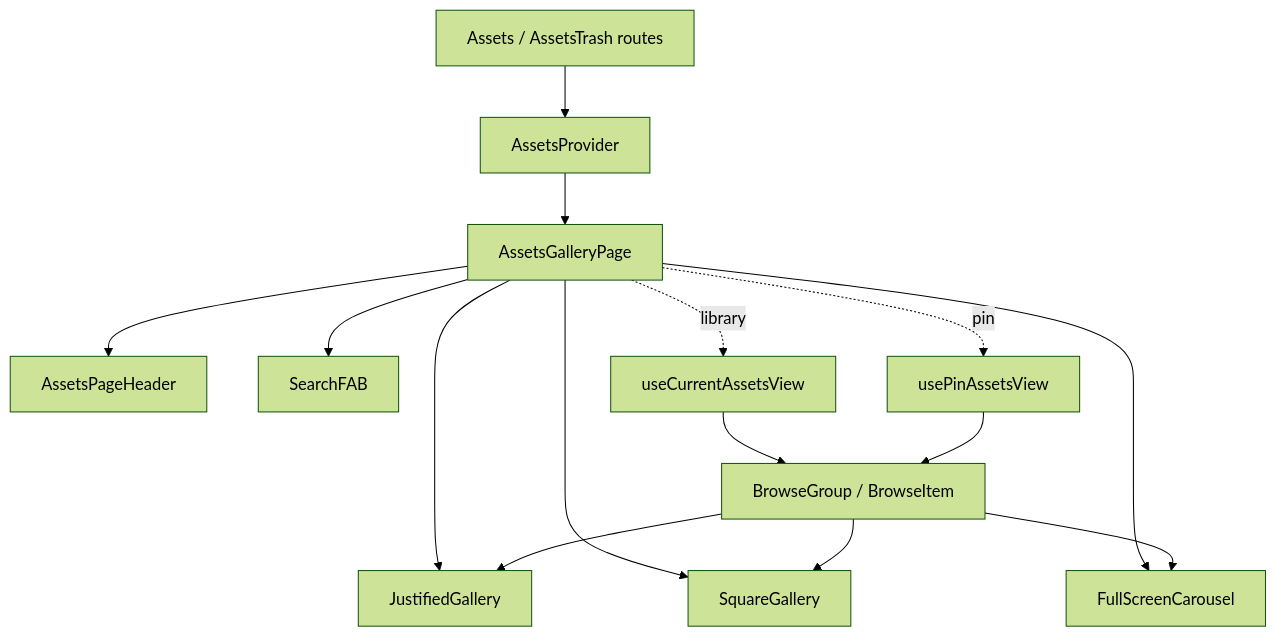
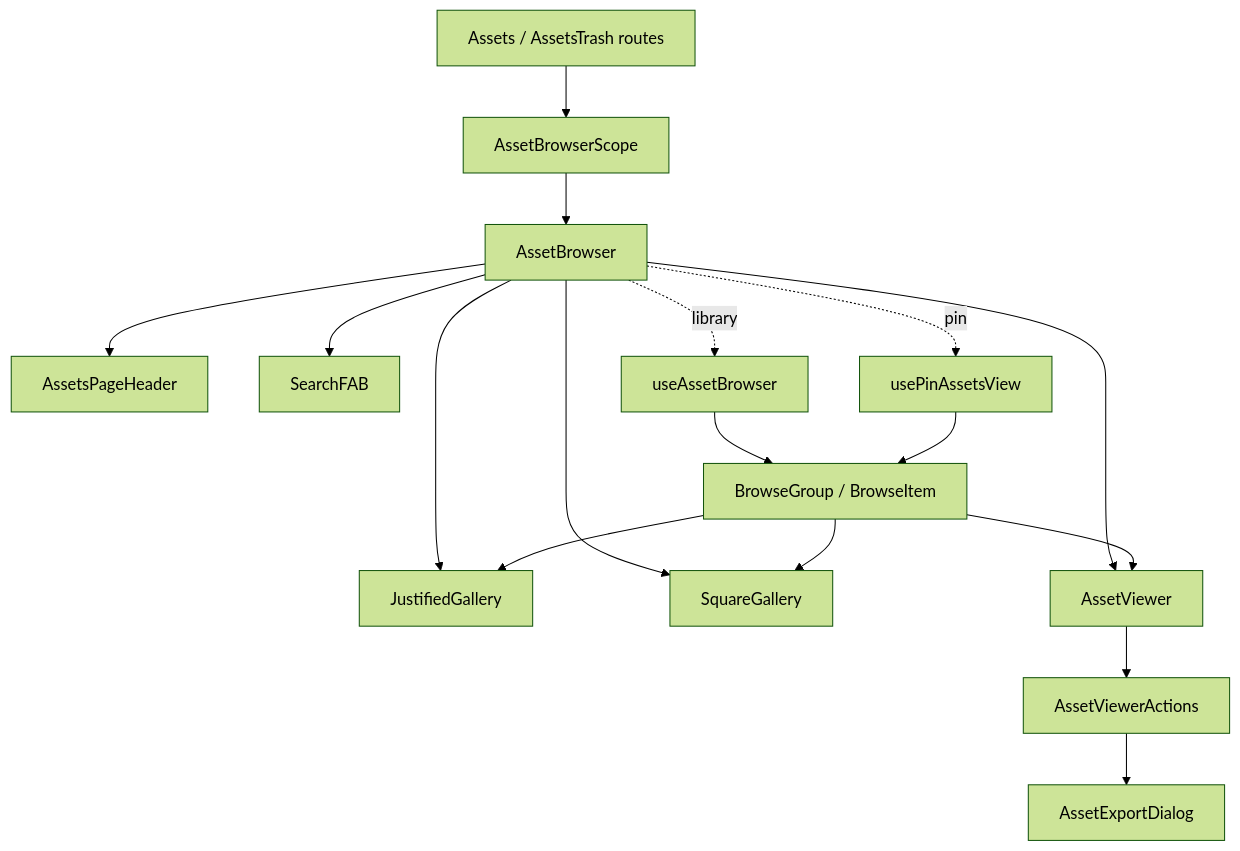
The diagram in web/src/features/assets/doc.md (EdwinZhanCN/Lumilio-Photos), drawn with Mermaid (forest theme) before and after one commit. The commit also changed other lines of this file and 171 other files, not shown here.

Commit message:
refactor(web): converge assets feature flows

````diff
--- a/web/src/features/assets/doc.md
+++ b/web/src/features/assets/doc.md
@@ -56,17 +66,19 @@
 ```mermaid
 flowchart TD
-    ROUTE["Assets / AssetsTrash routes"] --> PROVIDER["AssetsProvider"]
-    PROVIDER --> PAGE["AssetsGalleryPage"]
+    ROUTE["Assets / AssetsTrash routes"] --> PROVIDER["AssetBrowserScope"]
+    PROVIDER --> PAGE["AssetBrowser"]
     PAGE --> HEADER["AssetsPageHeader"]
     PAGE --> JG["JustifiedGallery"]
     PAGE --> SG["SquareGallery"]
-    PAGE --> FS["FullScreenCarousel"]
+    PAGE --> FS["AssetViewer"]
+    FS --> ACTIONS["AssetViewerActions"]
+    ACTIONS --> EXPORT["AssetExportDialog"]
     PAGE --> SEARCH["SearchFAB"]
     PAGE -. pin .-> PIN["usePinAssetsView"]
-    PAGE -. library .-> VIEW["useCurrentAssetsView"]
+    PAGE -. library .-> VIEW["useAssetBrowser"]
     VIEW --> BROWSE["BrowseGroup / BrowseItem"]
     PIN --> BROWSE
     BROWSE --> JG
     BROWSE --> SG
     BROWSE --> FS
 ```
````
